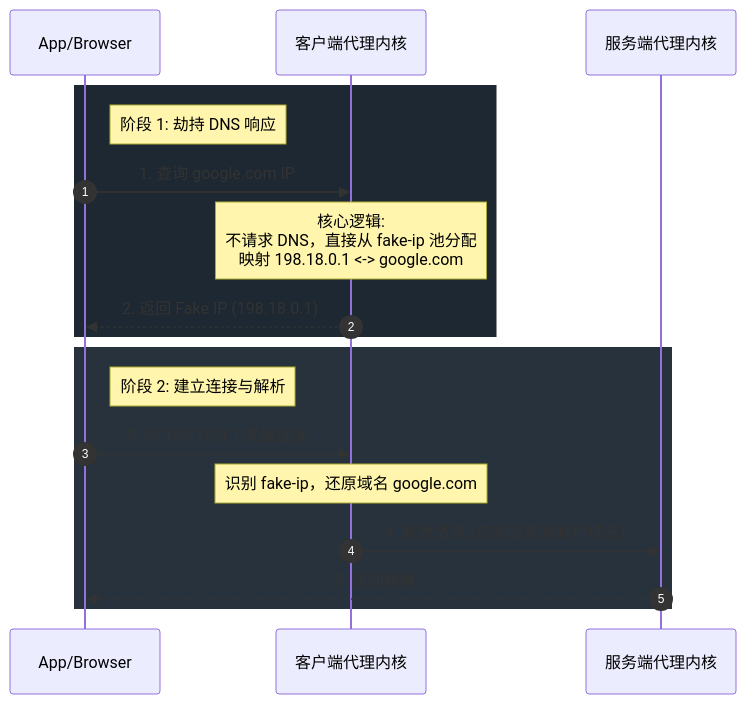
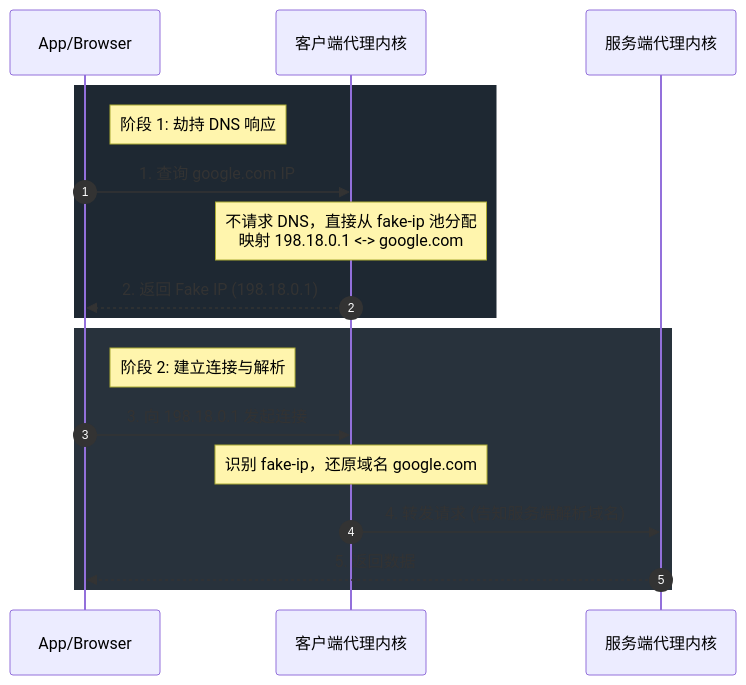
The second of 2 diagrams in docs/技/26/02.fake-ip 与 redir-host.md (eepsjo/Swill), drawn with Mermaid before and after one commit. The commit also changed other lines of this file, not shown here.

````diff
--- a/docs/技/26/02.fake-ip 与 redir-host.md
+++ b/docs/技/26/02.fake-ip 与 redir-host.md
@@ -40,22 +40,22 @@
 ``` mermaid
 sequenceDiagram
     autonumber
     participant App as App/Browser
     participant Core as 客户端代理内核
     participant Remote as 服务端代理内核
     
     rect rgb(30, 40, 50)
     Note right of App: 阶段 1: 劫持 DNS 响应
     App->>Core: 1. 查询 google.com IP
-    Note over Core: 核心逻辑: <br/>不请求 DNS，直接从 fake-ip 池分配<br/>映射 198.18.0.1 <-> google.com
+    Note over Core: 不请求 DNS，直接从 fake-ip 池分配<br/>映射 198.18.0.1 <-> google.com
     Core-->>App: 2. 返回 Fake IP (198.18.0.1)
     end
 
     rect rgb(40, 50, 60)
     Note right of App: 阶段 2: 建立连接与解析
     App->>Core: 3. 向 198.18.0.1 发起连接
     Note over Core: 识别 fake-ip，还原域名 google.com
     Core->>Remote: 4. 转发请求 (告知服务端解析域名)
     Remote-->>App: 5. 返回数据
     end
 ```
````
